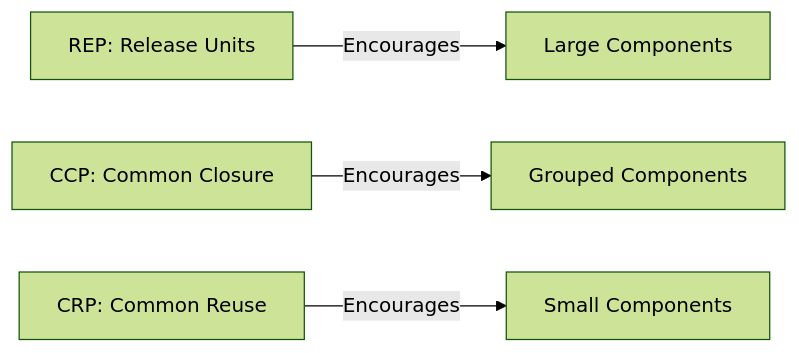
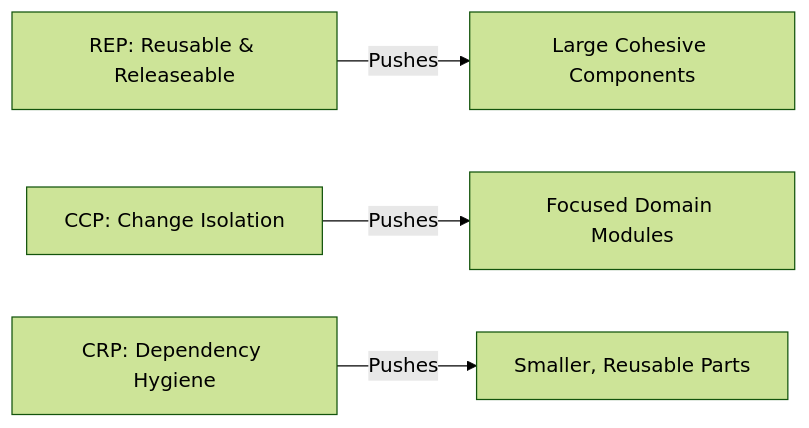
Before and after one commit to ravishankarkumar/officialcto: the diagram in docs/interview-section/architectural-design-principles/component-cohesion.md, drawn with Mermaid (forest theme). The commit also changed other lines of this file and 1 other file, not shown here.

````diff
--- a/docs/interview-section/architectural-design-principles/component-cohesion.md
+++ b/docs/interview-section/architectural-design-principles/component-cohesion.md
@@ -135,6 +202,6 @@
 ```mermaid
 graph LR
-  REP[REP: Release Units] -->|Encourages| Larger[Large Components]
-  CCP[CCP: Common Closure] -->|Encourages| Grouping[Grouped Components]
-  CRP[CRP: Common Reuse] -->|Encourages| Smaller[Small Components]
+  REP[REP: Reusable & Releaseable] -->|Pushes| Large[Large Cohesive Components]
+  CCP[CCP: Change Isolation] -->|Pushes| Focused[Focused Domain Modules]
+  CRP[CRP: Dependency Hygiene] -->|Pushes| Small[Smaller, Reusable Parts]
 ```
````
